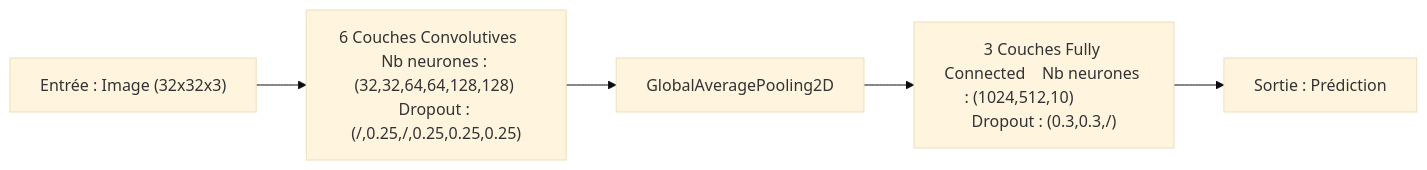
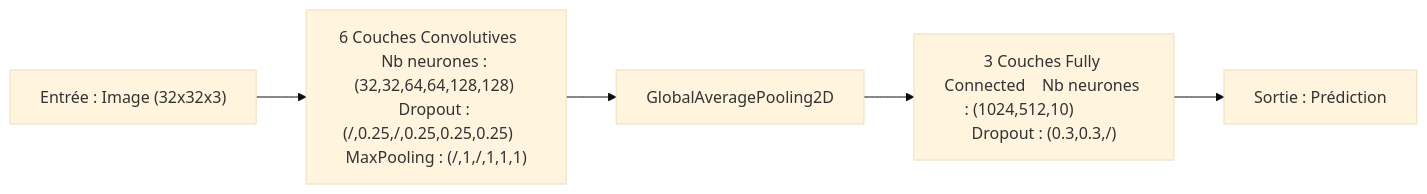
Before and after one commit to PaulGuillemin/embedded-AI-CIFAR-10: the fourth of 10 diagrams in README.md, drawn with Mermaid (base theme). The commit also changed other lines of this file, not shown here.

````diff
--- a/README.md
+++ b/README.md
@@ -174,7 +174,7 @@
 ```mermaid
 flowchart LR
-    A["Entrée : Image (32x32x3)"] --> B["6 Couches Convolutives    Nb neurones : (32,32,64,64,128,128) Dropout : (/,0.25,/,0.25,0.25,0.25)"]
+    A["Entrée : Image (32x32x3)"] --> B["6 Couches Convolutives    Nb neurones : (32,32,64,64,128,128) Dropout : (/,0.25,/,0.25,0.25,0.25)    MaxPooling : (/,1,/,1,1,1)"]
     B --> C["GlobalAveragePooling2D"]
     C --> D["3 Couches Fully Connected    Nb neurones : (1024,512,10)            Dropout : (0.3,0.3,/)"]
     D --> E["Sortie : Prédiction"]
 ```
````
